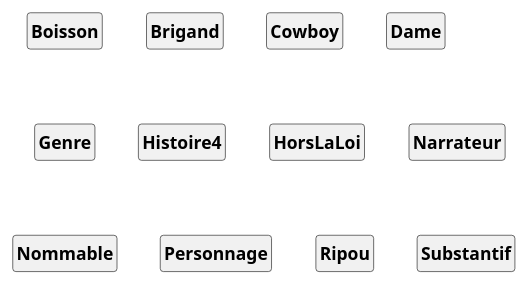
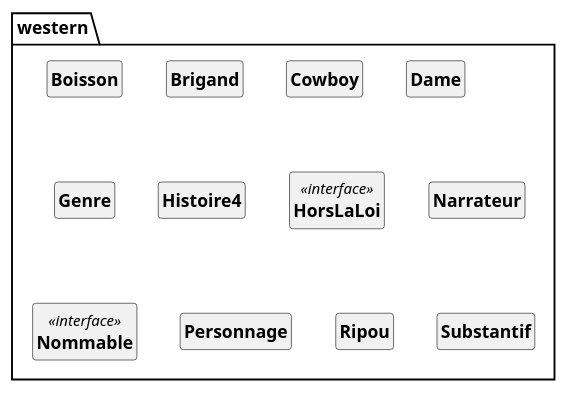
Before and after one commit to DimToups/Java-to-PUML-converter: the diagram in out/production/p21_projet/pumlFromJava/westernClass.puml, drawn with PlantUML. The commit also changed 6 other files, not shown here.

```diff
--- a/out/production/p21_projet/pumlFromJava/westernClass.puml
+++ b/out/production/p21_projet/pumlFromJava/westernClass.puml
@@ -1,45 +1,48 @@
 @startuml
 'https://plantuml.com/class-diagram
 skinparam style strictuml
 skinparam classAttributeIconSize 0
 skinparam classFontStyle Bold
 
 hide empty members
+
+
+package western{
 
 class Boisson{
 
 }
 class Brigand{
 
 }
 class Cowboy{
 
 }
 class Dame{
 
 }
 class Genre{
 
 }
 class Histoire4{
 
 }
-class HorsLaLoi{
+class HorsLaLoi <<interface>>{
 
 }
 class Narrateur{
 
 }
-class Nommable{
+class Nommable <<interface>>{
 
 }
 class Personnage{
 
 }
 class Ripou{
 
 }
 class Substantif{
 
 }
 @enduml
```
